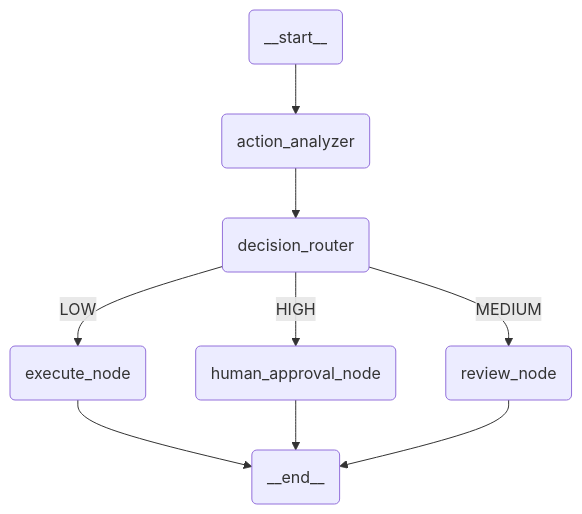
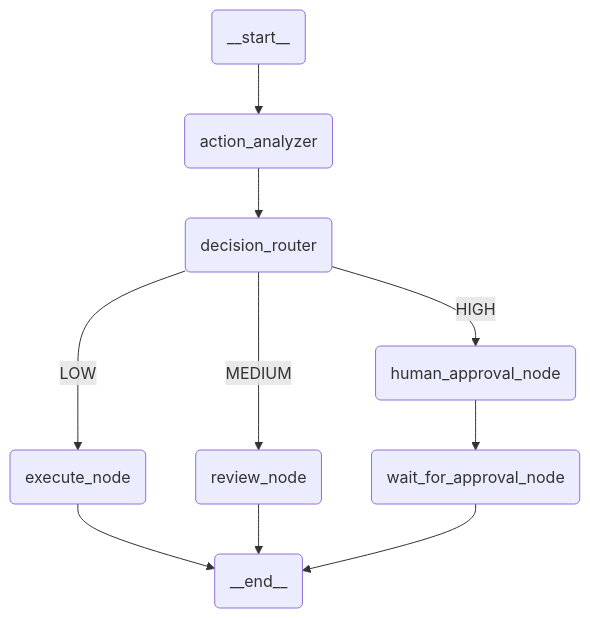
The diagram in submissions/manikandan_ai_risk_monitor/agent.mermaid (rajneeshk94/coded-agents-challenge), drawn with Mermaid before and after one commit. The commit also changed 14 other files, not shown here.

```diff
--- a/submissions/manikandan_ai_risk_monitor/agent.mermaid
+++ b/submissions/manikandan_ai_risk_monitor/agent.mermaid
@@ -1,16 +1,18 @@
 flowchart TB
   __start__(__start__)
   action_analyzer(action_analyzer)
   decision_router(decision_router)
+  execute_node(execute_node)
+  review_node(review_node)
   human_approval_node(human_approval_node)
-  review_node(review_node)
-  execute_node(execute_node)
+  wait_for_approval_node(wait_for_approval_node)
   __end__(__end__)
   __start__ --> action_analyzer
   action_analyzer --> decision_router
   decision_router --> |LOW|execute_node
   decision_router --> |HIGH|human_approval_node
   decision_router --> |MEDIUM|review_node
+  human_approval_node --> wait_for_approval_node
   execute_node --> __end__
-  human_approval_node --> __end__
   review_node --> __end__
+  wait_for_approval_node --> __end__
```
